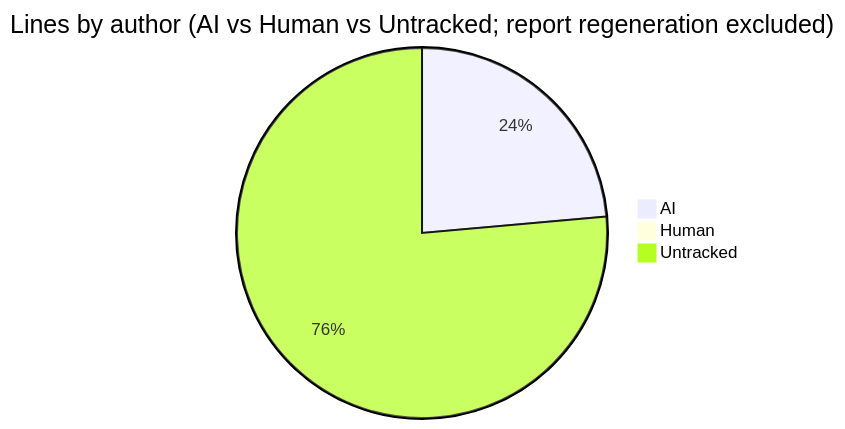
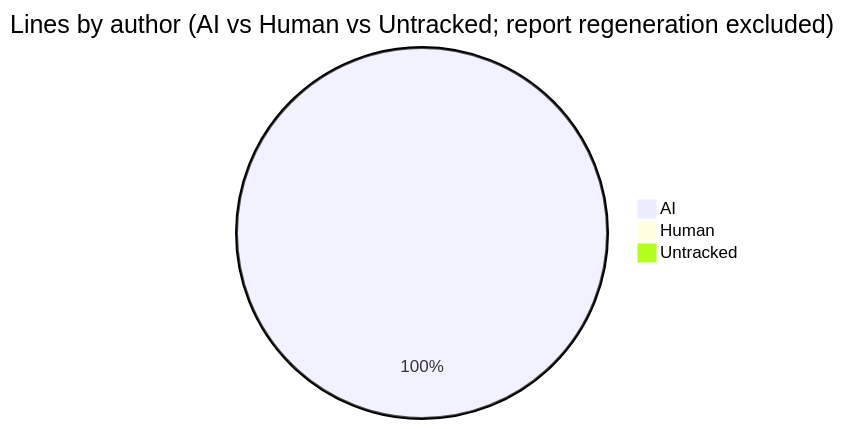
The first of 2 diagrams in AI-AUTHORSHIP.md (CaliMark/game-of-life), drawn with Mermaid before and after one commit. The commit also changed other lines of this file and 1 other file, not shown here.

````diff
--- a/AI-AUTHORSHIP.md
+++ b/AI-AUTHORSHIP.md
@@ -20,6 +20,6 @@
 ```mermaid
 pie title Lines by author (AI vs Human vs Untracked; report regeneration excluded)
-    "AI" : 938
+    "AI" : 681
     "Human" : 1
-    "Untracked" : 3040
+    "Untracked" : 1
 ```
````
